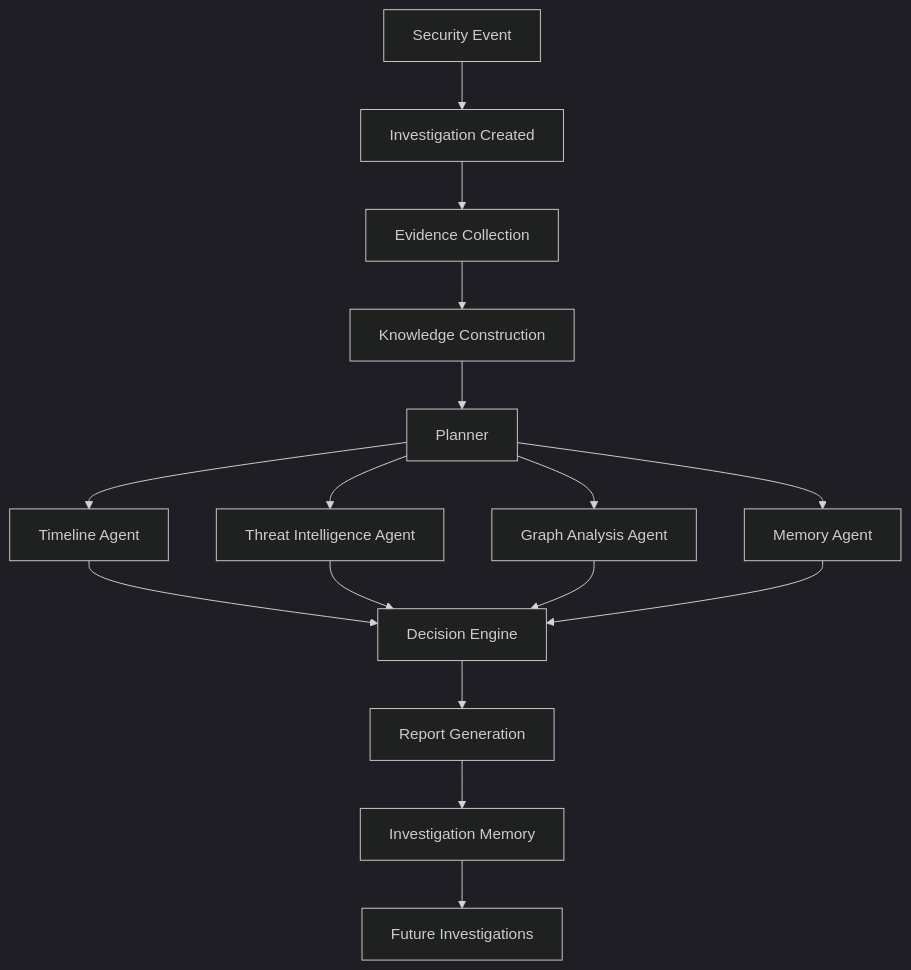
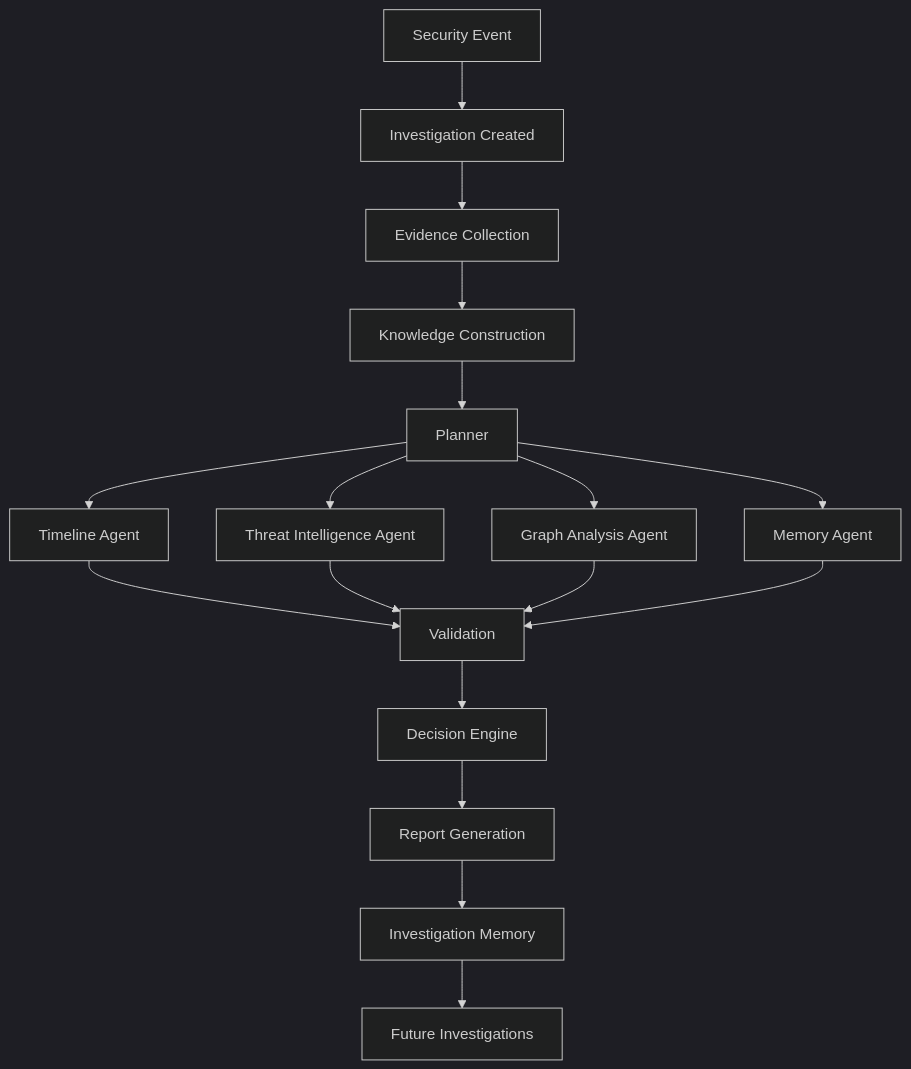
One commit to koraayoztuurk/SentinelAI changed the first of 4 diagrams in docs/02-architecture/system-overview.md. Above: the diagram before and after it, drawn with Mermaid (dark theme). The commit also changed other lines of this file, not shown here.

Commit message:
docs(architecture): improve cross-document consistency

````diff
--- a/docs/02-architecture/system-overview.md
+++ b/docs/02-architecture/system-overview.md
@@ -328,27 +329,29 @@
 ```mermaid
 flowchart TD
 
 A[Security Event] --> B[Investigation Created]
 
 B --> C[Evidence Collection]
 
 C --> D[Knowledge Construction]
 
 D --> E[Planner]
 
 E --> F1[Timeline Agent]
 E --> F2[Threat Intelligence Agent]
 E --> F3[Graph Analysis Agent]
 E --> F4[Memory Agent]
 
-F1 --> G[Decision Engine]
+F1 --> G[Validation]
 F2 --> G
 F3 --> G
 F4 --> G
 
-G --> H[Report Generation]
+G --> H[Decision Engine]
 
-H --> I[Investigation Memory]
+H --> I[Report Generation]
 
-I --> J[Future Investigations]
+I --> J[Investigation Memory]
+
+J --> K[Future Investigations]
 ```
````
